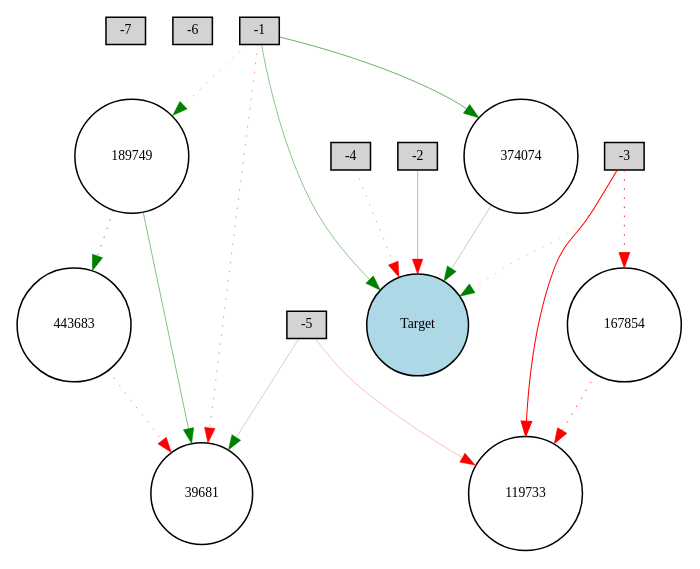
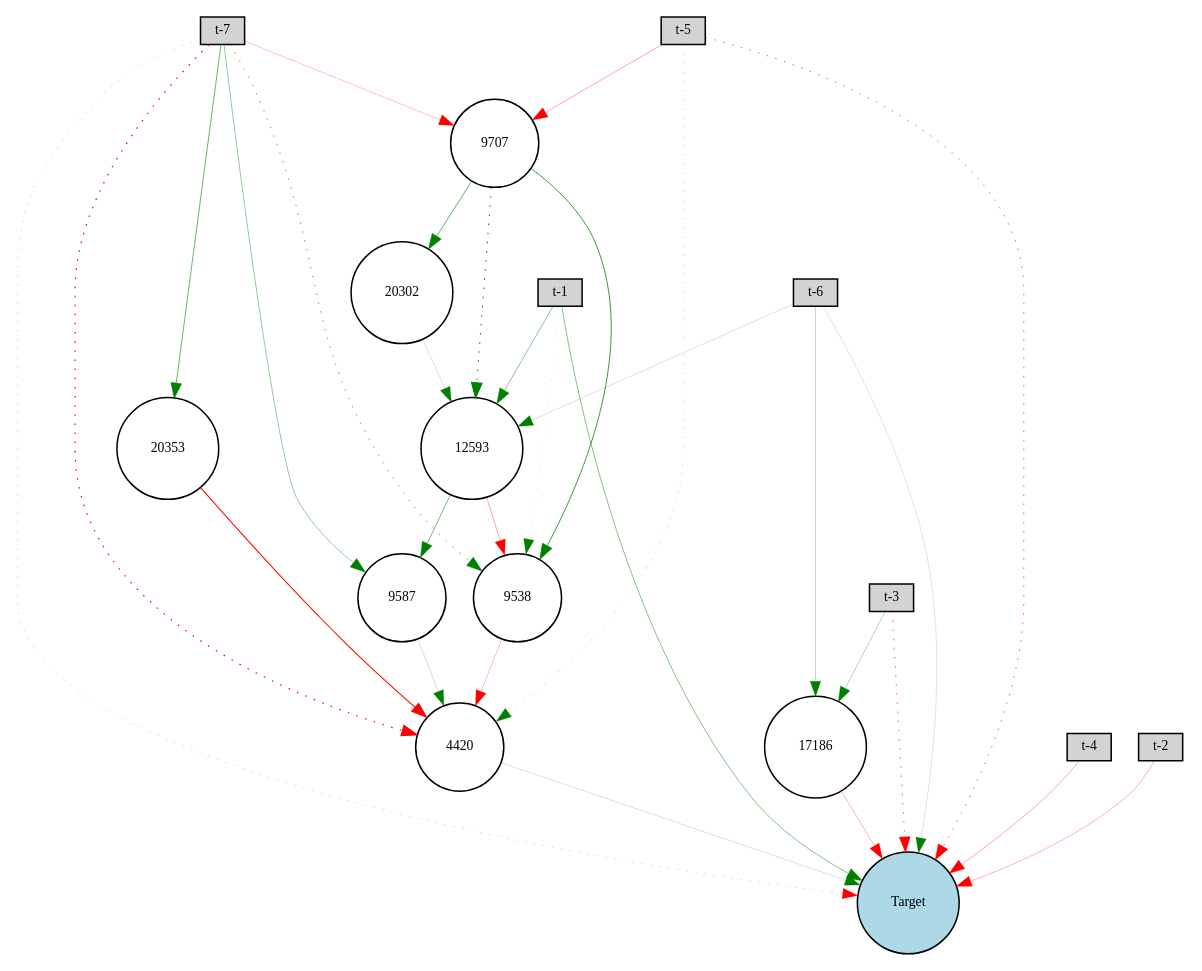
The diagram in lynx/Digraph.gv (lafengxiaoyu/ENN), drawn with Graphviz before and after one commit. The commit also changed 18 other files, not shown here.

```diff
--- a/lynx/Digraph.gv
+++ b/lynx/Digraph.gv
@@ -1,33 +1,49 @@
 digraph {
 	node [fontsize=9 height=0.2 shape=circle width=0.2]
-	-7 [fillcolor=lightgray shape=box style=filled]
-	-6 [fillcolor=lightgray shape=box style=filled]
-	-5 [fillcolor=lightgray shape=box style=filled]
-	-4 [fillcolor=lightgray shape=box style=filled]
-	-3 [fillcolor=lightgray shape=box style=filled]
-	-2 [fillcolor=lightgray shape=box style=filled]
-	-1 [fillcolor=lightgray shape=box style=filled]
+	"t-7" [fillcolor=lightgray shape=box style=filled]
+	"t-6" [fillcolor=lightgray shape=box style=filled]
+	"t-5" [fillcolor=lightgray shape=box style=filled]
+	"t-4" [fillcolor=lightgray shape=box style=filled]
+	"t-3" [fillcolor=lightgray shape=box style=filled]
+	"t-2" [fillcolor=lightgray shape=box style=filled]
+	"t-1" [fillcolor=lightgray shape=box style=filled]
 	Target [fillcolor=lightblue style=filled]
-	39681 [fillcolor=white style=filled]
-	443683 [fillcolor=white style=filled]
-	167854 [fillcolor=white style=filled]
-	189749 [fillcolor=white style=filled]
-	119733 [fillcolor=white style=filled]
-	374074 [fillcolor=white style=filled]
-	-2 -> Target [color=red penwidth=0.2474699795055908 style=solid]
-	-1 -> Target [color=green penwidth=0.30224014914469094 style=solid]
-	-4 -> Target [color=red penwidth=0.271762553776561 style=dotted]
-	-3 -> Target [color=green penwidth=0.190213312490622 style=dotted]
-	-1 -> 39681 [color=red penwidth=0.31186208804994264 style=dotted]
-	-3 -> 119733 [color=red penwidth=0.6806371418362592 style=solid]
-	-3 -> 167854 [color=red penwidth=0.5869426343396251 style=dotted]
-	167854 -> 119733 [color=red penwidth=0.49376480173554715 style=dotted]
-	-5 -> 119733 [color=red penwidth=0.17072103061974392 style=solid]
-	-1 -> 189749 [color=green penwidth=0.21569295817553724 style=dotted]
-	189749 -> 39681 [color=green penwidth=0.3193502764713071 style=solid]
-	-1 -> 374074 [color=green penwidth=0.3998532195609119 style=solid]
-	374074 -> Target [color=green penwidth=0.20471073135264983 style=solid]
-	-5 -> 39681 [color=green penwidth=0.16798718096412982 style=solid]
-	189749 -> 443683 [color=green penwidth=0.43432701890988024 style=dotted]
-	443683 -> 39681 [color=red penwidth=0.32279059103282953 style=dotted]
+	20353 [fillcolor=white style=filled]
+	9538 [fillcolor=white style=filled]
+	17186 [fillcolor=white style=filled]
+	4420 [fillcolor=white style=filled]
+	9707 [fillcolor=white style=filled]
+	20302 [fillcolor=white style=filled]
+	12593 [fillcolor=white style=filled]
+	9587 [fillcolor=white style=filled]
+	"t-7" -> Target [color=red penwidth=0.15335081230521597 style=dotted]
+	"t-6" -> Target [color=green penwidth=0.10511467314766254 style=solid]
+	"t-5" -> Target [color=red penwidth=0.4309912663426029 style=dotted]
+	"t-4" -> Target [color=red penwidth=0.229806642521264 style=solid]
+	"t-3" -> Target [color=red penwidth=0.42030487061378696 style=dotted]
+	"t-2" -> Target [color=red penwidth=0.20490392630042087 style=solid]
+	"t-1" -> Target [color=green penwidth=0.3231599814494664 style=solid]
+	"t-7" -> 4420 [color=red penwidth=0.8141312107964532 style=dotted]
+	4420 -> Target [color=green penwidth=0.1255613545328522 style=solid]
+	"t-5" -> 4420 [color=green penwidth=0.15116885977816585 style=dotted]
+	"t-7" -> 9538 [color=green penwidth=0.42401618884667824 style=dotted]
+	9538 -> 4420 [color=red penwidth=0.18821645949422106 style=solid]
+	"t-1" -> 9538 [color=green penwidth=0.10109983883715691 style=dotted]
+	"t-7" -> 9587 [color=green penwidth=0.282143513814176 style=solid]
+	9587 -> 4420 [color=green penwidth=0.1548524504554475 style=solid]
+	"t-7" -> 9707 [color=red penwidth=0.15910315338758552 style=solid]
+	9707 -> 9538 [color=green penwidth=0.508834580637469 style=solid]
+	"t-5" -> 9707 [color=red penwidth=0.24289395083803408 style=solid]
+	9707 -> 12593 [color=green penwidth=0.677897322821171 style=dotted]
+	12593 -> 9538 [color=red penwidth=0.2378589267745694 style=solid]
+	"t-6" -> 12593 [color=green penwidth=0.13411567750082762 style=solid]
+	"t-6" -> 17186 [color=green penwidth=0.1820173676828653 style=solid]
+	17186 -> Target [color=red penwidth=0.19710026294786884 style=solid]
+	9707 -> 20302 [color=green penwidth=0.41124865498435614 style=solid]
+	20302 -> 12593 [color=green penwidth=0.13374511037681325 style=solid]
+	"t-1" -> 12593 [color=green penwidth=0.295809210169223 style=solid]
+	"t-7" -> 20353 [color=green penwidth=0.3896903336478609 style=solid]
+	20353 -> 4420 [color=red penwidth=0.6622638928314385 style=solid]
+	12593 -> 9587 [color=green penwidth=0.34862247709935623 style=solid]
+	"t-3" -> 17186 [color=green penwidth=0.2059293541353696 style=solid]
 }
```
